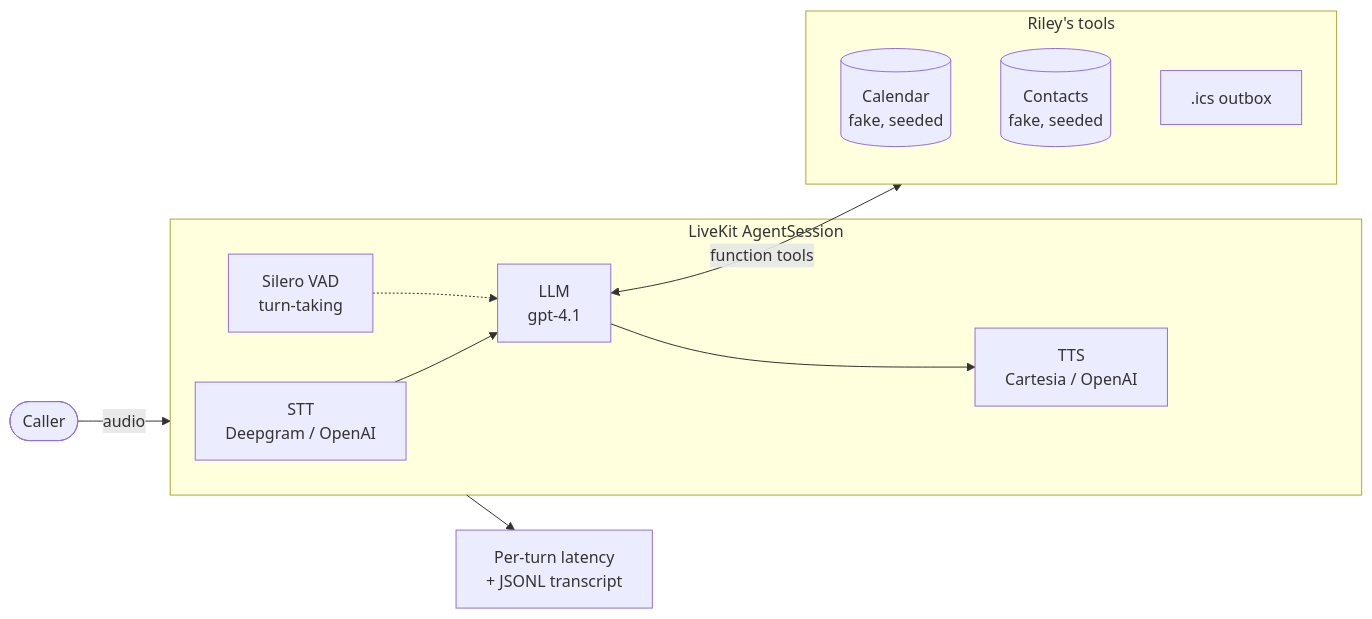
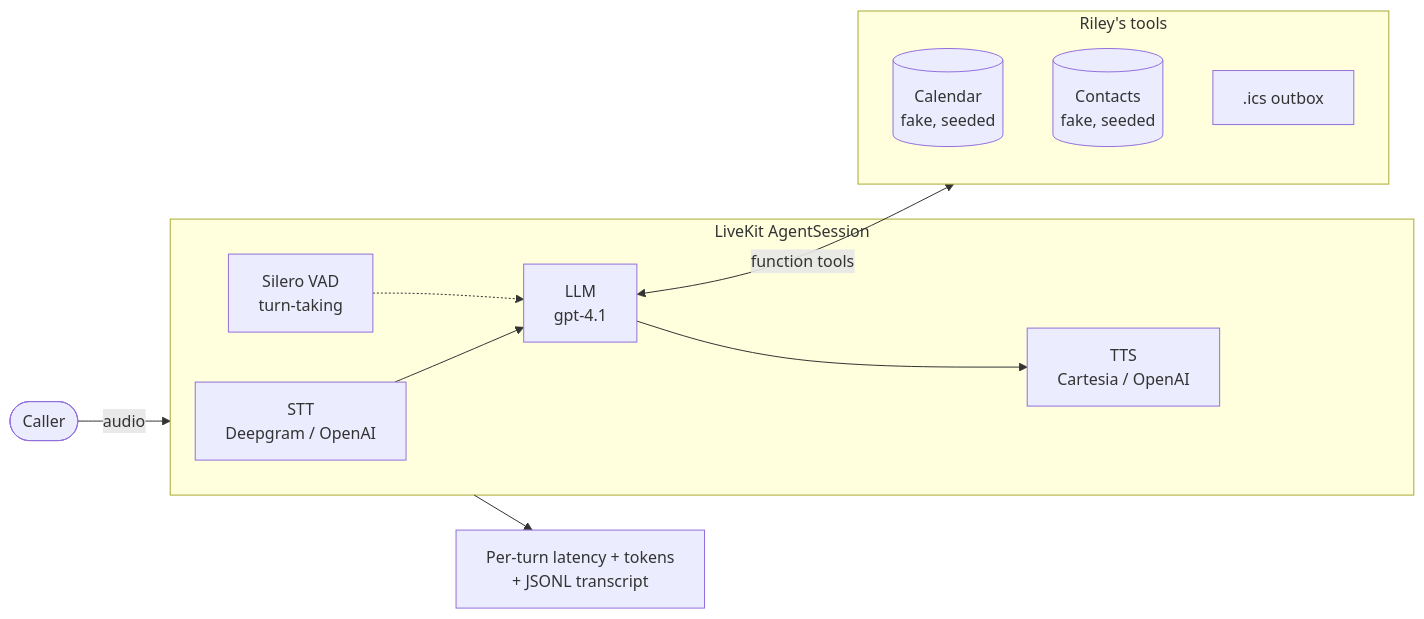
Before and after one commit to fctpe/voice-desk-agent: the diagram in README.md, drawn with Mermaid. The commit also changed other lines of this file and 22 other files, not shown here.

````diff
--- a/README.md
+++ b/README.md
@@ -30,16 +30,16 @@
 ```mermaid
 flowchart LR
     Caller([Caller]) -->|audio| Pipeline
     subgraph Pipeline["LiveKit AgentSession"]
         STT[STT<br/>Deepgram / OpenAI] --> LLM[LLM<br/>gpt-4.1]
         LLM --> TTS[TTS<br/>Cartesia / OpenAI]
         VAD[Silero VAD<br/>turn-taking] -.-> LLM
     end
     LLM <-->|function tools| Tools
     subgraph Tools["Riley's tools"]
         Cal[(Calendar<br/>fake, seeded)]
         Con[(Contacts<br/>fake, seeded)]
         Ics[.ics outbox]
     end
-    Pipeline --> Metrics[Per-turn latency<br/>+ JSONL transcript]
+    Pipeline --> Metrics[Per-turn latency + tokens<br/>+ JSONL transcript]
 ```
````
